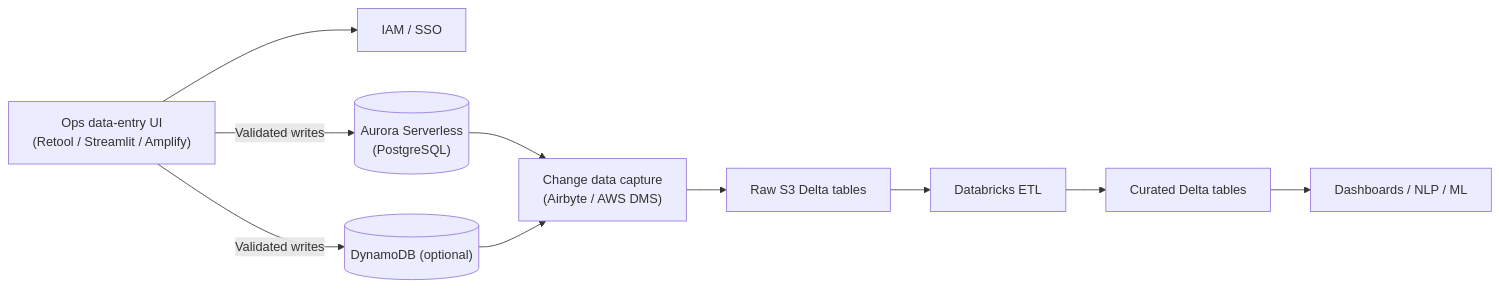
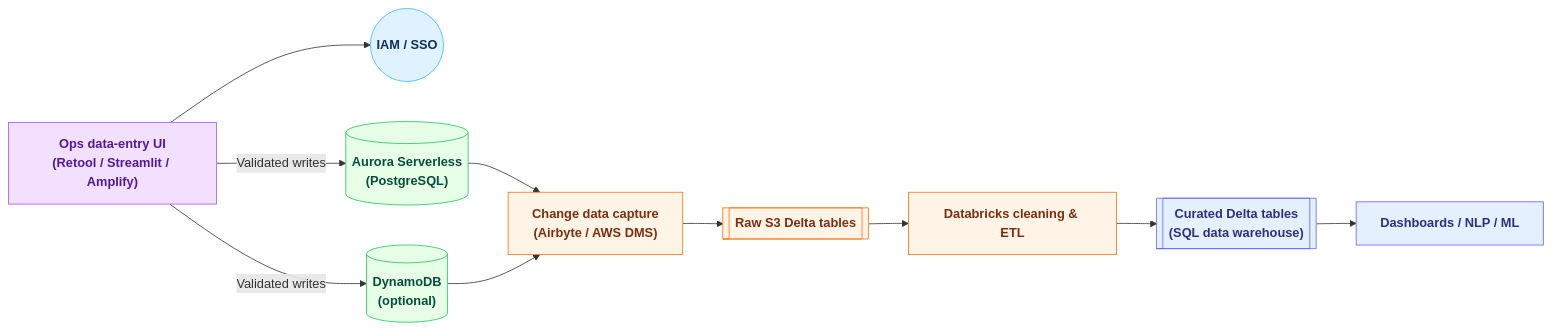
One commit to dinkarkumardk/3rdAssignment changed the second of 3 diagrams in SCALABILITY_AND_DATA_PLATFORM_STRATEGY.md. Above: the diagram before and after it, drawn with Mermaid. The commit also changed other lines of this file, not shown here.

````diff
--- a/SCALABILITY_AND_DATA_PLATFORM_STRATEGY.md
+++ b/SCALABILITY_AND_DATA_PLATFORM_STRATEGY.md
@@ -69,20 +94,32 @@
 ```mermaid
 flowchart LR
+	classDef ui fill:#f3e0ff,stroke:#a855f7,stroke-width:1px,color:#521a96,font-weight:600;
+	classDef auth fill:#e0f2ff,stroke:#38bdf8,stroke-width:1px,color:#0f3057,font-weight:600;
+	classDef opstore fill:#e6ffe6,stroke:#22c55e,stroke-width:1px,color:#064e3b,font-weight:600;
+	classDef pipeline fill:#fff4e5,stroke:#f97316,stroke-width:1px,color:#7c2d12,font-weight:600;
+	classDef consumer fill:#e5f0ff,stroke:#6366f1,stroke-width:1px,color:#312e81,font-weight:600;
+
 	UI["Ops data-entry UI<br/>(Retool / Streamlit / Amplify)"]
-	Auth["IAM / SSO"]
+	Auth((IAM / SSO))
 	Aurora[("Aurora Serverless<br/>(PostgreSQL)")] 
-	Dynamo[("DynamoDB (optional)")]
+	Dynamo[("DynamoDB<br/>(optional)")]
 	CDC["Change data capture<br/>(Airbyte / AWS DMS)"]
-	RawS3["Raw S3 Delta tables"]
-	ETL["Databricks ETL"]
-	Curated["Curated Delta tables"]
+	RawS3[["Raw S3 Delta tables"]]
+	ETL["Databricks cleaning & ETL"]
+	Curated[["Curated Delta tables<br/>(SQL data warehouse)"]]
 	Consumers["Dashboards / NLP / ML"]
 
 	UI -->|Validated writes| Aurora
 	UI -->|Validated writes| Dynamo
 	UI --> Auth
 	Aurora --> CDC
 	Dynamo --> CDC
 	CDC --> RawS3
 	RawS3 --> ETL --> Curated --> Consumers
+
+	class UI ui;
+	class Auth auth;
+	class Aurora,Dynamo opstore;
+	class CDC,RawS3,ETL pipeline;
+	class Curated,Consumers consumer;
 ```
````
